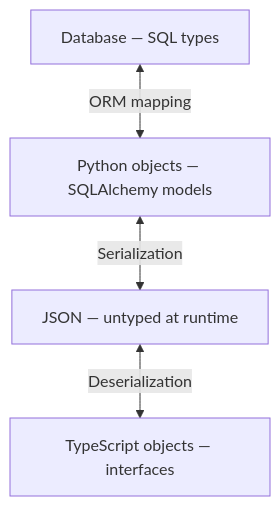
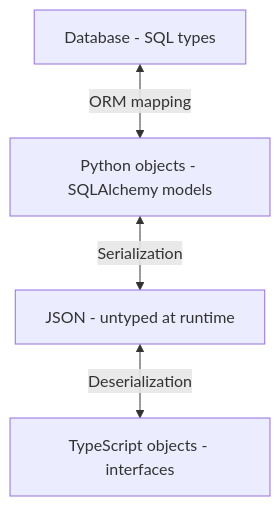
The diagram in README.md (marsninja/polyglot_tax), drawn with Mermaid before and after one commit. The commit also changed other lines of this file, not shown here.

````diff
--- a/README.md
+++ b/README.md
@@ -393,6 +393,6 @@
 ```mermaid
 graph TD
-    A["Database — SQL types"] <-->|"ORM mapping"| B["Python objects — SQLAlchemy models"]
-    B <-->|"Serialization"| C["JSON — untyped at runtime"]
-    C <-->|"Deserialization"| D["TypeScript objects — interfaces"]
+    A["Database - SQL types"] <-->|"ORM mapping"| B["Python objects - SQLAlchemy models"]
+    B <-->|"Serialization"| C["JSON - untyped at runtime"]
+    C <-->|"Deserialization"| D["TypeScript objects - interfaces"]
 ```
````
